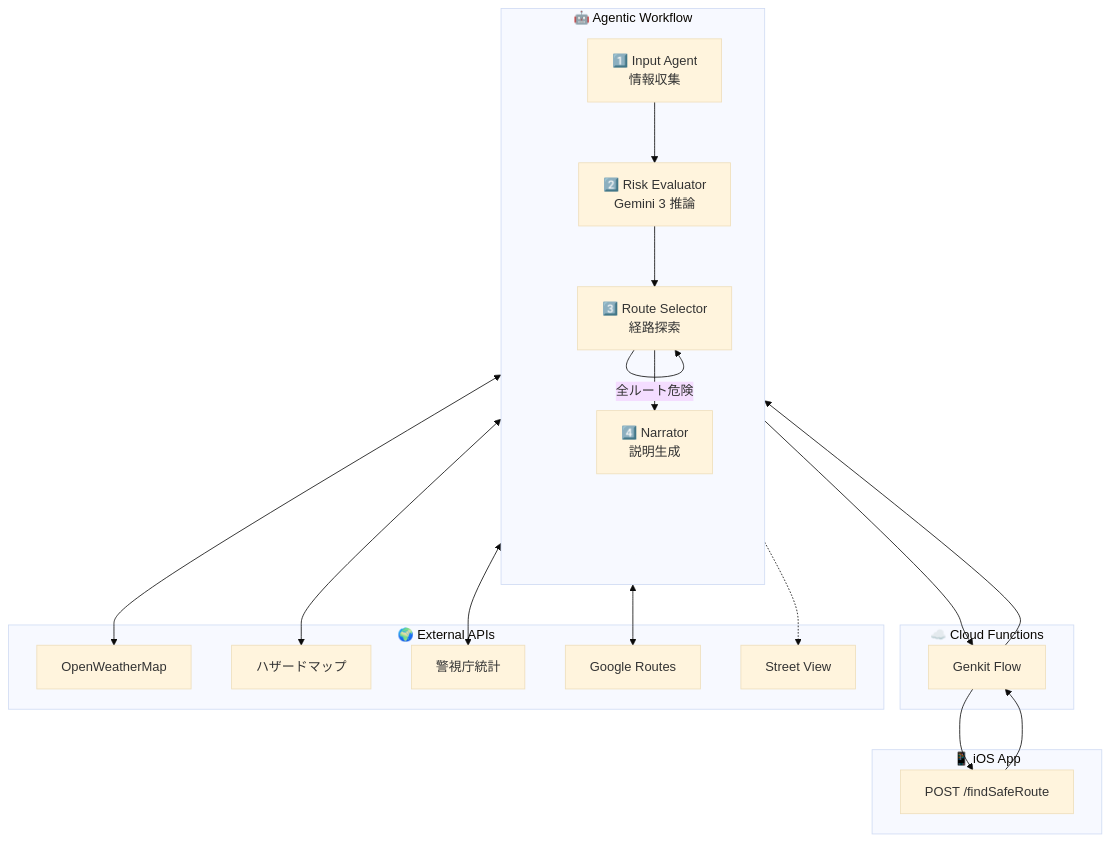
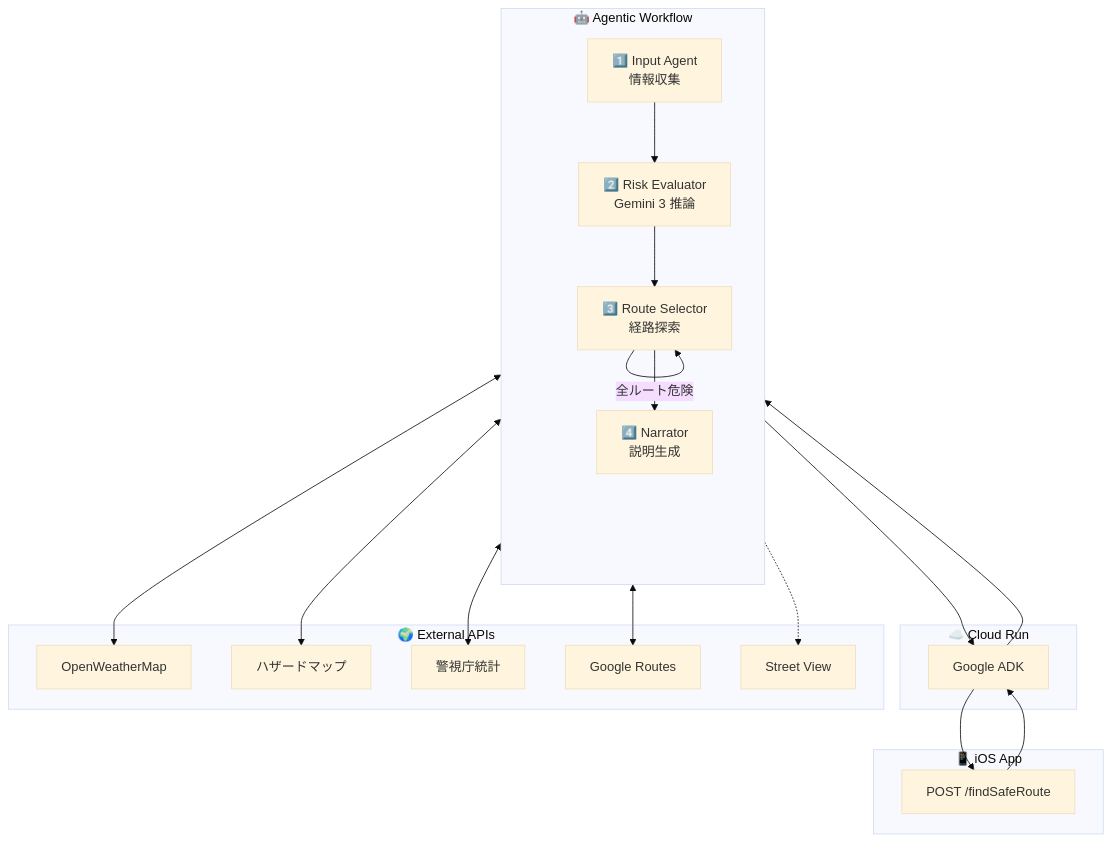
One commit to Ryg-appdev/safe-routing-ai-navigation changed the first of 6 diagrams in Docs/確定/05_詳細設計書.md. Above: the diagram before and after it, drawn with Mermaid (base theme). The commit also changed other lines of this file and 6 other files, not shown here.

````diff
--- a/Docs/確定/05_詳細設計書.md
+++ b/Docs/確定/05_詳細設計書.md
@@ -5,39 +5,39 @@
 ```mermaid
 flowchart TB
-    subgraph Client [📱 iOS App]
-        REQ[POST /findSafeRoute]
+    subgraph Client ["📱 iOS App"]
+        REQ["POST /findSafeRoute"]
     end
 
-    subgraph Backend [☁️ Cloud Functions]
-        GK[Genkit Flow]
+    subgraph Backend ["☁️ Cloud Run"]
+        ADK["Google ADK"]
     end
 
-    subgraph Agents [🤖 Agentic Workflow]
+    subgraph Agents ["🤖 Agentic Workflow"]
         direction TB
-        A1[1️⃣ Input Agent<br/>情報収集]
-        A2[2️⃣ Risk Evaluator<br/>Gemini 3 推論]
-        A3[3️⃣ Route Selector<br/>経路探索]
-        A4[4️⃣ Narrator<br/>説明生成]
+        A1["1️⃣ Input Agent<br/>情報収集"]
+        A2["2️⃣ Risk Evaluator<br/>Gemini 3 推論"]
+        A3["3️⃣ Route Selector<br/>経路探索"]
+        A4["4️⃣ Narrator<br/>説明生成"]
         
         A1 --> A2
         A2 --> A3
         A3 -->|全ルート危険| A3
         A3 --> A4
     end
 
-    subgraph APIs [🌍 External APIs]
-        W[OpenWeatherMap]
-        H[ハザードマップ]
-        P[警視庁統計]
-        R[Google Routes]
-        S[Street View]
+    subgraph APIs ["🌍 External APIs"]
+        W["OpenWeatherMap"]
+        H["ハザードマップ"]
+        P["警視庁統計"]
+        R["Google Routes"]
+        S["Street View"]
     end
 
-    REQ --> GK --> A1
+    REQ --> ADK --> A1
     A1 <--> W
     A1 <--> H
     A1 <--> P
     A3 <--> R
     A2 -.-> S
-    A4 --> GK --> REQ
+    A4 --> ADK --> REQ
 ```
````
